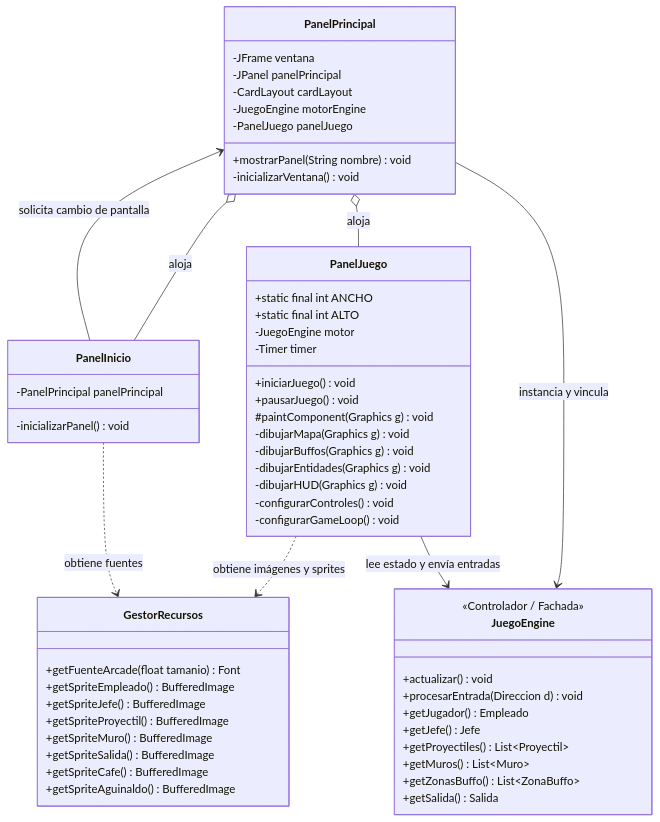
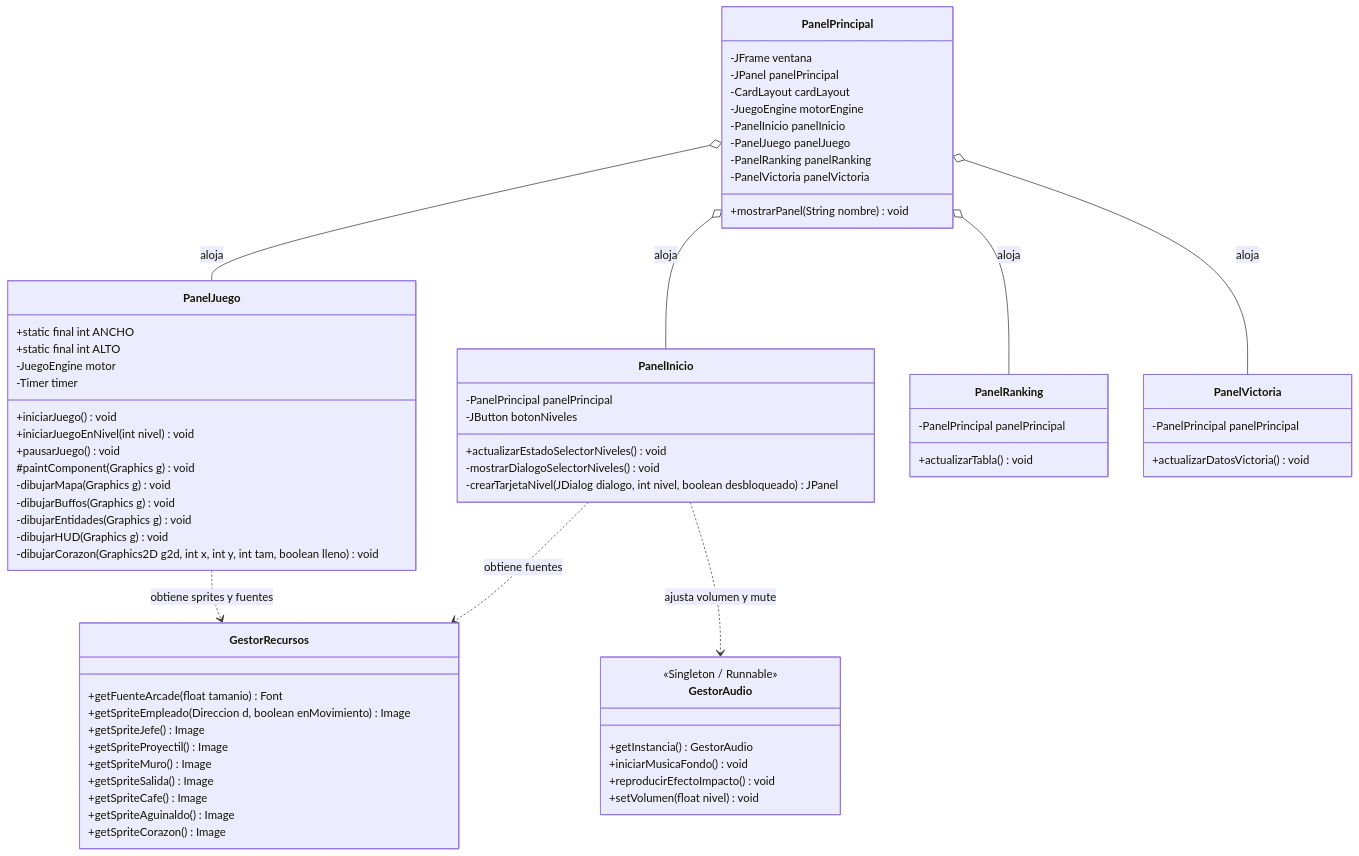
Before and after one commit to EspondaEmiliano/El-One-Piece-POO: the second of 3 diagrams in docs/README.md, drawn with Mermaid. The commit also changed other lines of this file and 2 other files, not shown here.

Commit message:
docs: actualizar memoria técnica en LaTeX, README con diagramas UML y bitácora

````diff
--- a/docs/README.md
+++ b/docs/README.md
@@ -352,61 +373,71 @@
 ```mermaid
 classDiagram
     class PanelPrincipal {
         -JFrame ventana
         -JPanel panelPrincipal
         -CardLayout cardLayout
         -JuegoEngine motorEngine
+        -PanelInicio panelInicio
         -PanelJuego panelJuego
+        -PanelRanking panelRanking
+        -PanelVictoria panelVictoria
         +mostrarPanel(String nombre) void
-        -inicializarVentana() void
     }
     class PanelInicio {
         -PanelPrincipal panelPrincipal
-        -inicializarPanel() void
+        -JButton botonNiveles
+        +actualizarEstadoSelectorNiveles() void
+        -mostrarDialogoSelectorNiveles() void
+        -crearTarjetaNivel(JDialog dialogo, int nivel, boolean desbloqueado) JPanel
     }
     class PanelJuego {
         +static final int ANCHO
         +static final int ALTO
         -JuegoEngine motor
         -Timer timer
         +iniciarJuego() void
+        +iniciarJuegoEnNivel(int nivel) void
         +pausarJuego() void
         #paintComponent(Graphics g) void
         -dibujarMapa(Graphics g) void
         -dibujarBuffos(Graphics g) void
         -dibujarEntidades(Graphics g) void
         -dibujarHUD(Graphics g) void
-        -configurarControles() void
-        -configurarGameLoop() void
+        -dibujarCorazon(Graphics2D g2d, int x, int y, int tam, boolean lleno) void
+    }
+    class PanelRanking {
+        -PanelPrincipal panelPrincipal
+        +actualizarTabla() void
+    }
+    class PanelVictoria {
+        -PanelPrincipal panelPrincipal
+        +actualizarDatosVictoria() void
     }
     class GestorRecursos {
         +getFuenteArcade(float tamanio) Font
-        +getSpriteEmpleado() BufferedImage
-        +getSpriteJefe() BufferedImage
-        +getSpriteProyectil() BufferedImage
-        +getSpriteMuro() BufferedImage
-        +getSpriteSalida() BufferedImage
-        +getSpriteCafe() BufferedImage
-        +getSpriteAguinaldo() BufferedImage
+        +getSpriteEmpleado(Direccion d, boolean enMovimiento) Image
+        +getSpriteJefe() Image
+        +getSpriteProyectil() Image
+        +getSpriteMuro() Image
+        +getSpriteSalida() Image
+        +getSpriteCafe() Image
+        +getSpriteAguinaldo() Image
+        +getSpriteCorazon() Image
     }
-    class JuegoEngine {
-        <<Controlador / Fachada>>
-        +actualizar() void
-        +procesarEntrada(Direccion d) void
-        +getJugador() Empleado
-        +getJefe() Jefe
-        +getProyectiles() List~Proyectil~
-        +getMuros() List~Muro~
-        +getZonasBuffo() List~ZonaBuffo~
-        +getSalida() Salida
+    class GestorAudio {
+        <<Singleton / Runnable>>
+        +getInstancia() GestorAudio
+        +iniciarMusicaFondo() void
+        +reproducirEfectoImpacto() void
+        +setVolumen(float nivel) void
     }
 
     %% Relaciones de la Capa Vista
     PanelPrincipal o-- PanelInicio : aloja
     PanelPrincipal o-- PanelJuego : aloja
-    PanelPrincipal --> JuegoEngine : instancia y vincula
-    PanelInicio --> PanelPrincipal : solicita cambio de pantalla
-    PanelJuego --> JuegoEngine : lee estado y envía entradas
-    PanelJuego ..> GestorRecursos : obtiene imágenes y sprites
+    PanelPrincipal o-- PanelRanking : aloja
+    PanelPrincipal o-- PanelVictoria : aloja
+    PanelJuego ..> GestorRecursos : obtiene sprites y fuentes
     PanelInicio ..> GestorRecursos : obtiene fuentes
+    PanelInicio ..> GestorAudio : ajusta volumen y mute
 ```
````
